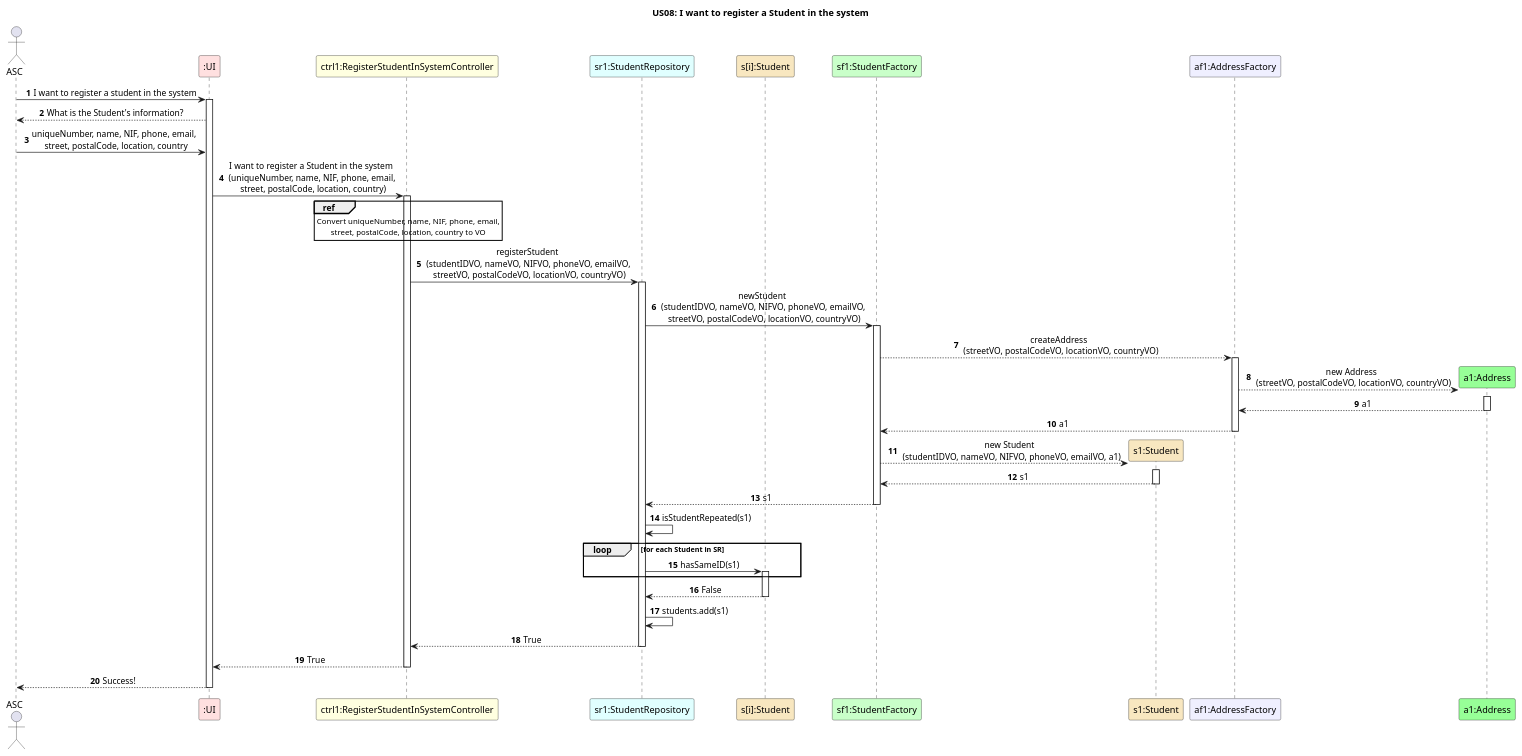
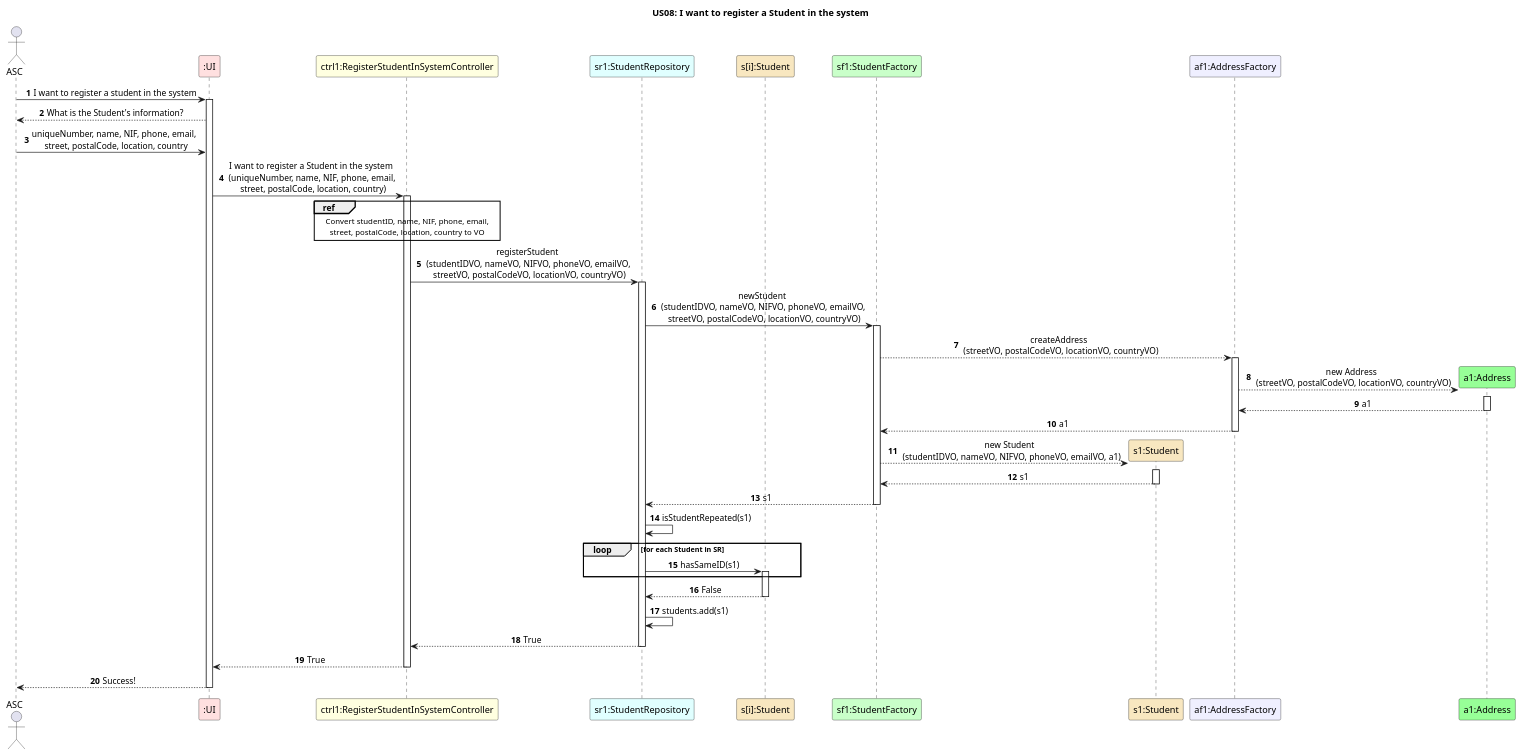
The diagram in docs/US08/US08_SequenceDiagram.puml (GasparISEP/DevOps-PAI), drawn with PlantUML before and after one commit. The commit also changed 1 other file, not shown here.

Commit message:
Fix #153: Improved US08_ClassDiagram and small change regarding DDD principles in US08_SequenceDiagram

```diff
--- a/docs/US08/US08_SequenceDiagram.puml
+++ b/docs/US08/US08_SequenceDiagram.puml
@@ -1,69 +1,69 @@
 @startuml
 autonumber
 skinparam sequenceMessageAlign center
 title US08: I want to register a Student in the system
 
 actor ASC
 participant ":UI" as UI #implementation
 participant "ctrl1:RegisterStudentInSystemController" as ctrl #lightyellow
 participant "sr1:StudentRepository" as SR #lightcyan
 participant "s[i]:Student" as Student #strategy
 participant "sf1:StudentFactory" as SF #technology
 participant "s1:Student" as s1 #strategy
 participant "af1:AddressFactory" as AF #motivation
 participant "a1:Address" as A #physical
 
 ASC -> UI: I want to register a student in the system
 activate UI
 UI --> ASC: What is the Student's information?
 ASC -> UI: uniqueNumber, name, NIF, phone, email, \n street, postalCode, location, country
 
 UI -> ctrl: I want to register a Student in the system \n (uniqueNumber, name, NIF, phone, email, \n street, postalCode, location, country)
 activate ctrl
 ref over ctrl
-    Convert uniqueNumber, name, NIF, phone, email,
+    Convert studentID, name, NIF, phone, email,
     street, postalCode, location, country to VO
 end ref
 
 ctrl -> SR: registerStudent \n (studentIDVO, nameVO, NIFVO, phoneVO, emailVO, \n streetVO, postalCodeVO, locationVO, countryVO)
 activate SR
 
 SR -> SF: newStudent \n (studentIDVO, nameVO, NIFVO, phoneVO, emailVO, \n streetVO, postalCodeVO, locationVO, countryVO)
 activate SF
 
 SF --> AF: createAddress \n (streetVO, postalCodeVO, locationVO, countryVO)
 activate AF
 
 AF --> A**: new Address \n (streetVO, postalCodeVO, locationVO, countryVO)
 activate A
 A --> AF: a1
 deactivate A
 
 AF --> SF: a1
 deactivate AF
 SF --> s1**: new Student \n (studentIDVO, nameVO, NIFVO, phoneVO, emailVO, a1)
 activate s1
 s1 --> SF: s1
 deactivate s1
 SF --> SR: s1
 deactivate SF
 
 SR -> SR : isStudentRepeated(s1)
 
 loop for each Student in SR
     SR -> Student: hasSameID(s1)
     activate Student
 end
 
 Student --> SR : False
 deactivate Student
 
 SR -> SR: students.add(s1)
 SR --> ctrl: True
 deactivate SR
 ctrl --> UI: True
 deactivate ctrl
 UI --> ASC: Success!
 deactivate UI
 
 @enduml
```
